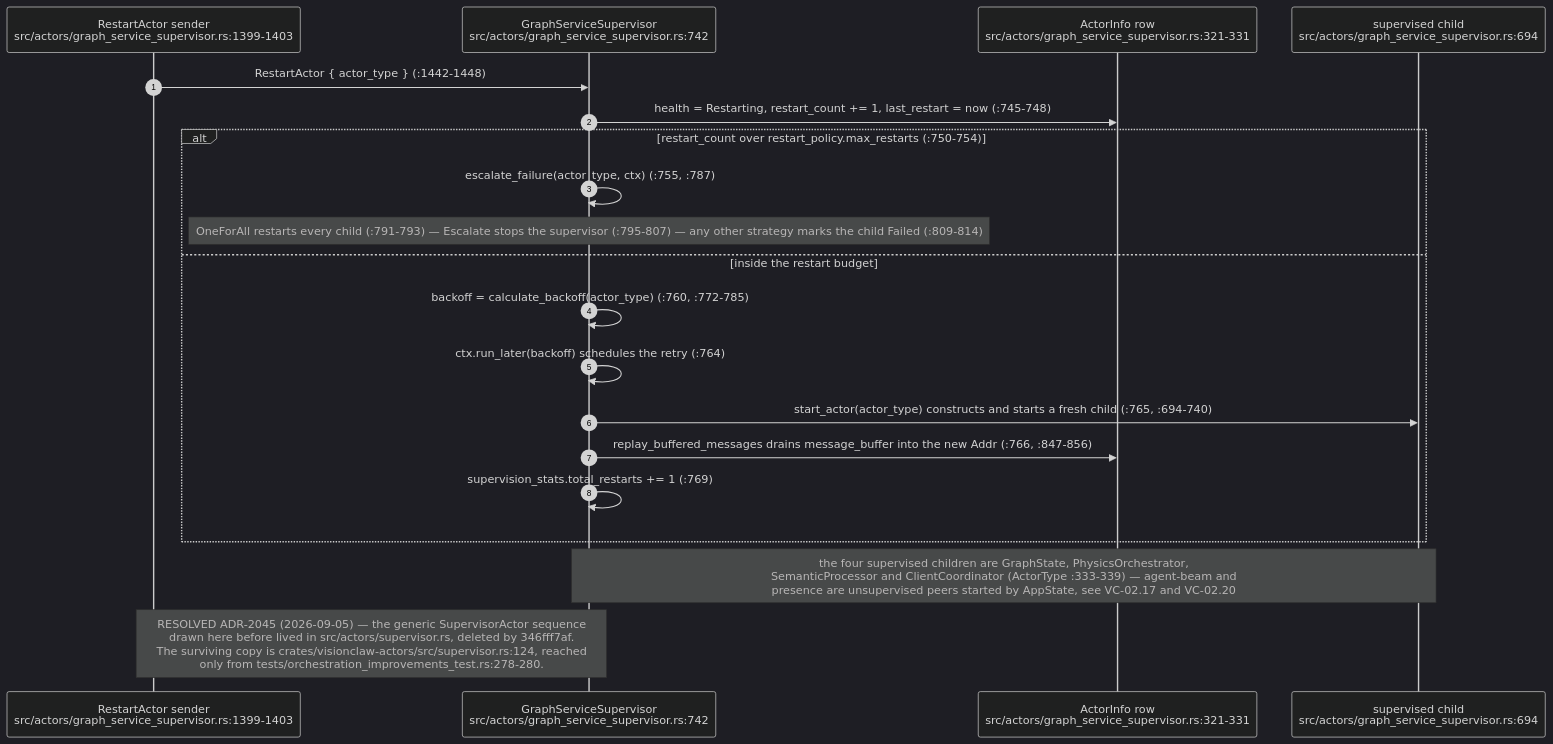
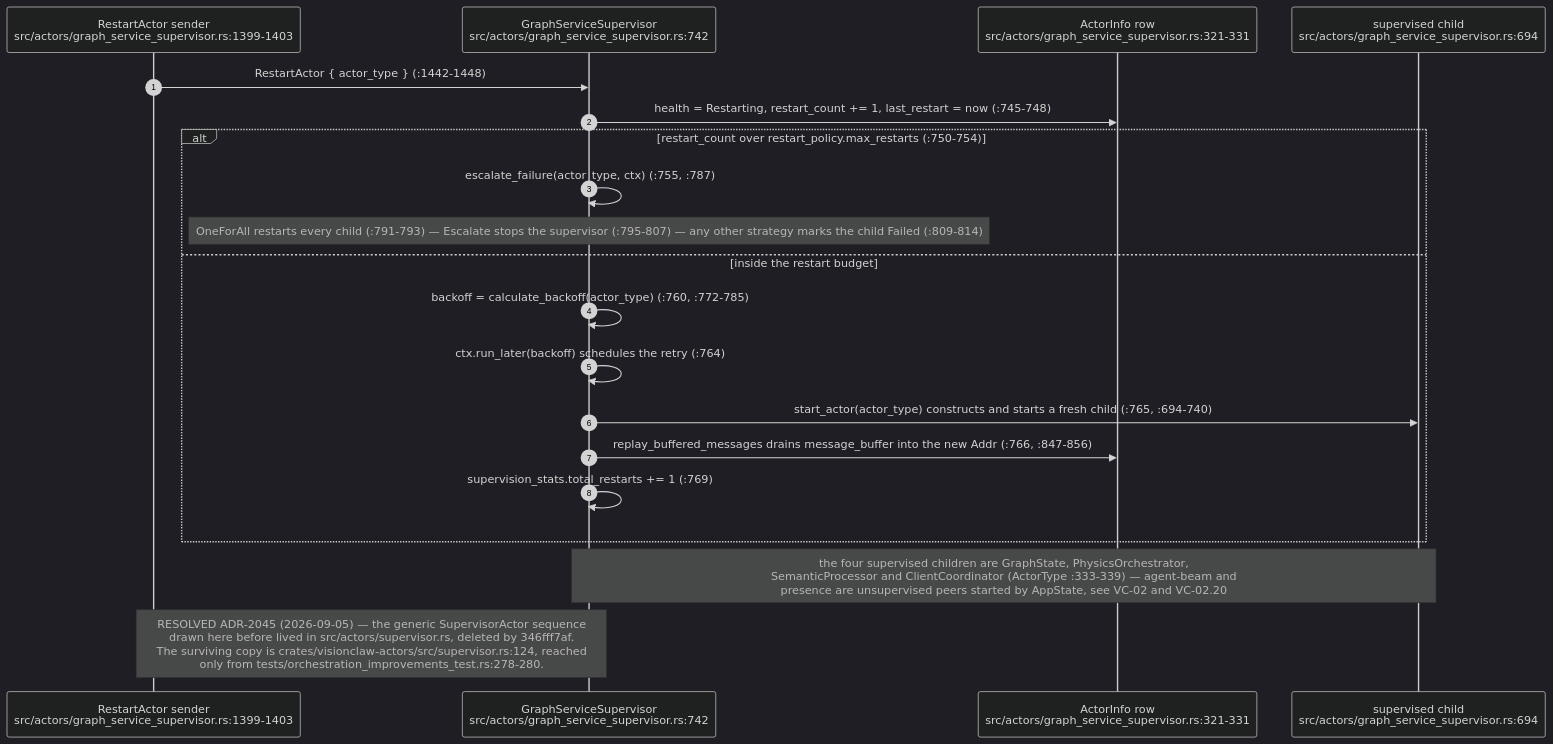
Before and after one commit to DreamLab-AI/VisionFlow: the fifth of 14 diagrams in docs/diagrams/visionclaw/02-actor-supervision.md, drawn with Mermaid (dark theme). The commit also changed other lines of this file and 136 other files, not shown here.

First line of the commit message:
docs(diagrams): refresh the whole corpus to code HEAD and prune low-value diagrams

````diff
--- a/docs/diagrams/visionclaw/02-actor-supervision.md
+++ b/docs/diagrams/visionclaw/02-actor-supervision.md
@@ -215,23 +213,23 @@
 ```mermaid
 sequenceDiagram
     autonumber
     participant OP as RestartActor sender<br/>src/actors/graph_service_supervisor.rs:1399-1403
     participant S as GraphServiceSupervisor<br/>src/actors/graph_service_supervisor.rs:742
     participant AI as ActorInfo row<br/>src/actors/graph_service_supervisor.rs:321-331
     participant CH as supervised child<br/>src/actors/graph_service_supervisor.rs:694
 
     OP->>S: RestartActor { actor_type } (:1442-1448)
     S->>AI: health = Restarting, restart_count += 1, last_restart = now (:745-748)
     alt restart_count over restart_policy.max_restarts (:750-754)
         S->>S: escalate_failure(actor_type, ctx) (:755, :787)
         Note over S: OneForAll restarts every child (:791-793) — Escalate stops the supervisor (:795-807) — any other strategy marks the child Failed (:809-814)
     else inside the restart budget
         S->>S: backoff = calculate_backoff(actor_type) (:760, :772-785)
         S->>S: ctx.run_later(backoff) schedules the retry (:764)
         S->>CH: start_actor(actor_type) constructs and starts a fresh child (:765, :694-740)
         S->>AI: replay_buffered_messages drains message_buffer into the new Addr (:766, :847-856)
         S->>S: supervision_stats.total_restarts += 1 (:769)
     end
-    Note over S,CH: the four supervised children are GraphState, PhysicsOrchestrator,<br/>SemanticProcessor and ClientCoordinator (ActorType :333-339) — agent-beam and<br/>presence are unsupervised peers started by AppState, see VC-02.17 and VC-02.20
+    Note over S,CH: the four supervised children are GraphState, PhysicsOrchestrator,<br/>SemanticProcessor and ClientCoordinator (ActorType :333-339) — agent-beam and<br/>presence are unsupervised peers started by AppState, see VC-02 and VC-02.20
     Note over OP,S: RESOLVED ADR-2045 (2026-09-05) — the generic SupervisorActor sequence<br/>drawn here before lived in src/actors/supervisor.rs, deleted by 346fff7af.<br/>The surviving copy is crates/visionclaw-actors/src/supervisor.rs:124, reached<br/>only from tests/orchestration_improvements_test.rs:278-280.
 ```
````
